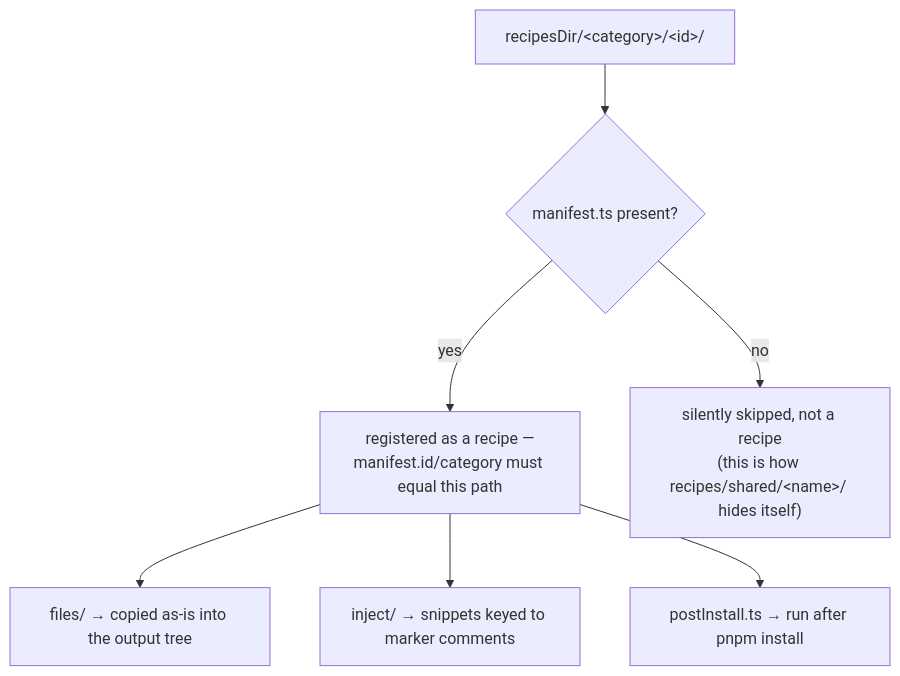
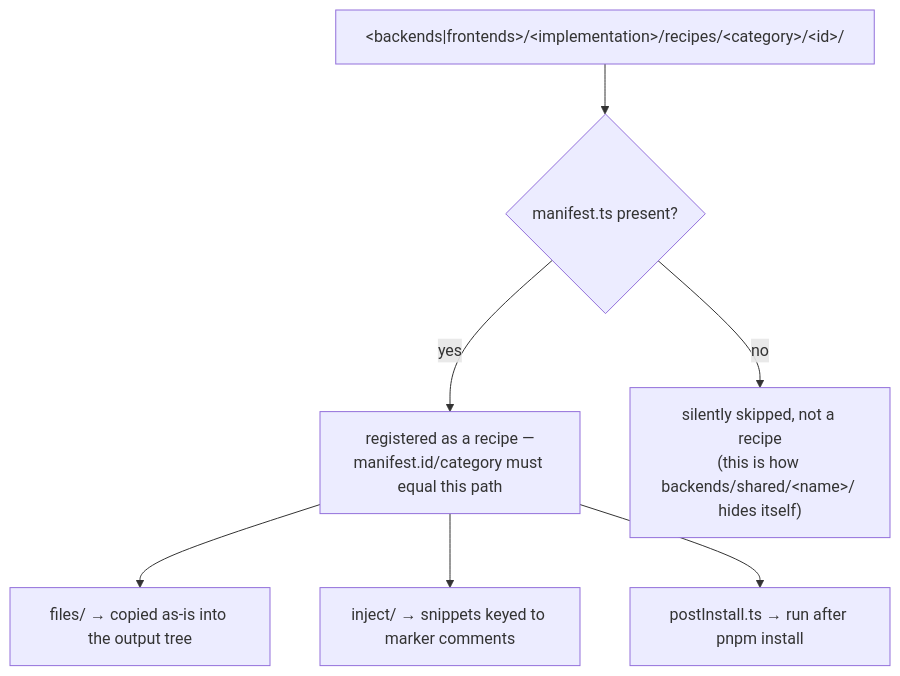
The first of 3 diagrams in docs-site/authoring-a-recipe.md (roshanind/inikitty), drawn with Mermaid before and after one commit. The commit also changed other lines of this file and 2 other files, not shown here.

````diff
--- a/docs-site/authoring-a-recipe.md
+++ b/docs-site/authoring-a-recipe.md
@@ -59,9 +66,9 @@
 ```mermaid
 flowchart TD
-  A["recipesDir/&lt;category&gt;/&lt;id&gt;/"] --> B{"manifest.ts present?"}
+  A["&lt;backends|frontends&gt;/&lt;implementation&gt;/recipes/&lt;category&gt;/&lt;id&gt;/"] --> B{"manifest.ts present?"}
   B -->|"yes"| C["registered as a recipe —<br/>manifest.id/category must equal this path"]
-  B -->|"no"| D["silently skipped, not a recipe<br/>(this is how recipes/shared/&lt;name&gt;/ hides itself)"]
+  B -->|"no"| D["silently skipped, not a recipe<br/>(this is how backends/shared/&lt;name&gt;/ hides itself)"]
   C --> E["files/ → copied as-is into the output tree"]
   C --> F["inject/ → snippets keyed to marker comments"]
   C --> G["postInstall.ts → run after pnpm install"]
 ```
````
